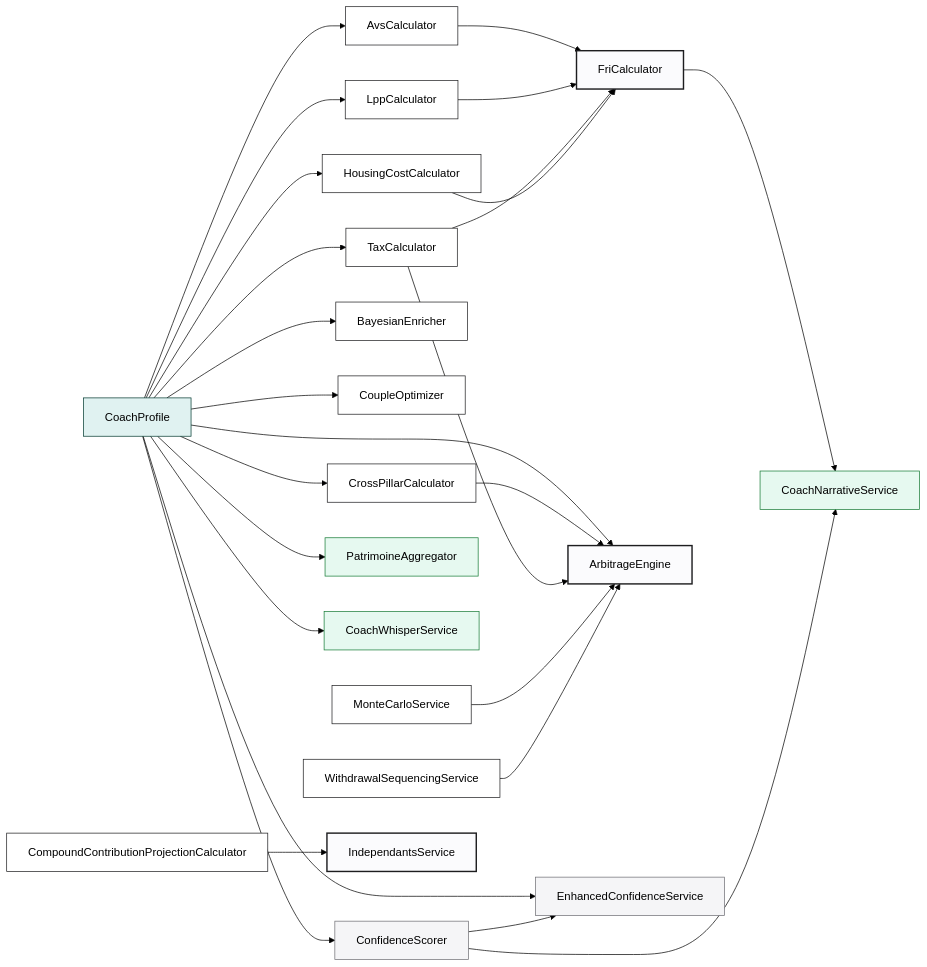
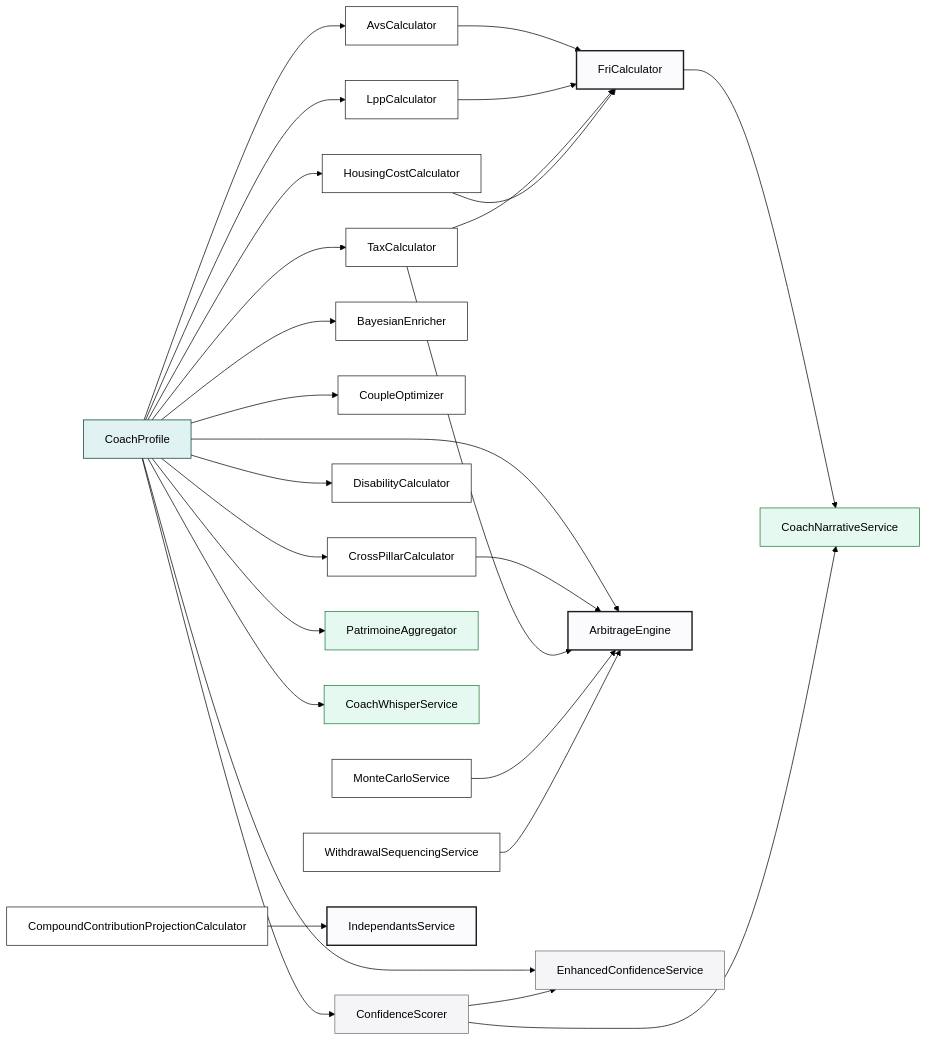
Before and after one commit to MINT-IA/MINT: the diagram in docs/calculator-graph.md, drawn with Mermaid (forest theme). The commit also changed other lines of this file and 21 other files, not shown here.

````diff
--- a/docs/calculator-graph.md
+++ b/docs/calculator-graph.md
@@ -26,41 +26,42 @@
 ```mermaid
 flowchart LR
     PROFILE[CoachProfile]:::profile
 
     PROFILE --> AVS[AvsCalculator]:::calc
     PROFILE --> LPP[LppCalculator]:::calc
     PROFILE --> TAX[TaxCalculator]:::calc
     PROFILE --> HOUSING[HousingCostCalculator]:::calc
     PROFILE --> BAYESIAN[BayesianEnricher]:::calc
 
     AVS --> FRI[FriCalculator]:::composer
     LPP --> FRI
     TAX --> FRI
     HOUSING --> FRI
 
     PROFILE --> COUPLE[CoupleOptimizer]:::calc
     PROFILE --> CROSS[CrossPillarCalculator]:::calc
+    PROFILE --> DIS[DisabilityCalculator]:::calc
     PROFILE --> ARB[ArbitrageEngine]:::composer
     CROSS --> ARB
     TAX --> ARB
 
     PROFILE --> CONF[ConfidenceScorer]:::score
     PROFILE --> CONF_ENH[EnhancedConfidenceService]:::score
     CONF --> CONF_ENH
 
     PROFILE --> PAT[PatrimoineAggregator]:::ui
     PROFILE --> WHISPER[CoachWhisperService]:::ui
 
     FRI --> NAR[CoachNarrativeService]:::ui
     CONF --> NAR
 
     MC[MonteCarloService]:::calc --> ARB
     WITHDRAW[WithdrawalSequencingService]:::calc --> ARB
     COMPOUND[CompoundContributionProjectionCalculator]:::calc --> INDEP[IndependantsService]:::composer
 
     classDef profile fill:#E0F2F1,stroke:#00382E
     classDef calc fill:#FFF,stroke:#1D1D1F
     classDef composer fill:#FBFBFD,stroke:#1D1D1F,stroke-width:2px
     classDef score fill:#F5F5F7,stroke:#6E6E73
     classDef ui fill:#E6F9F0,stroke:#157B35
 ```
````
